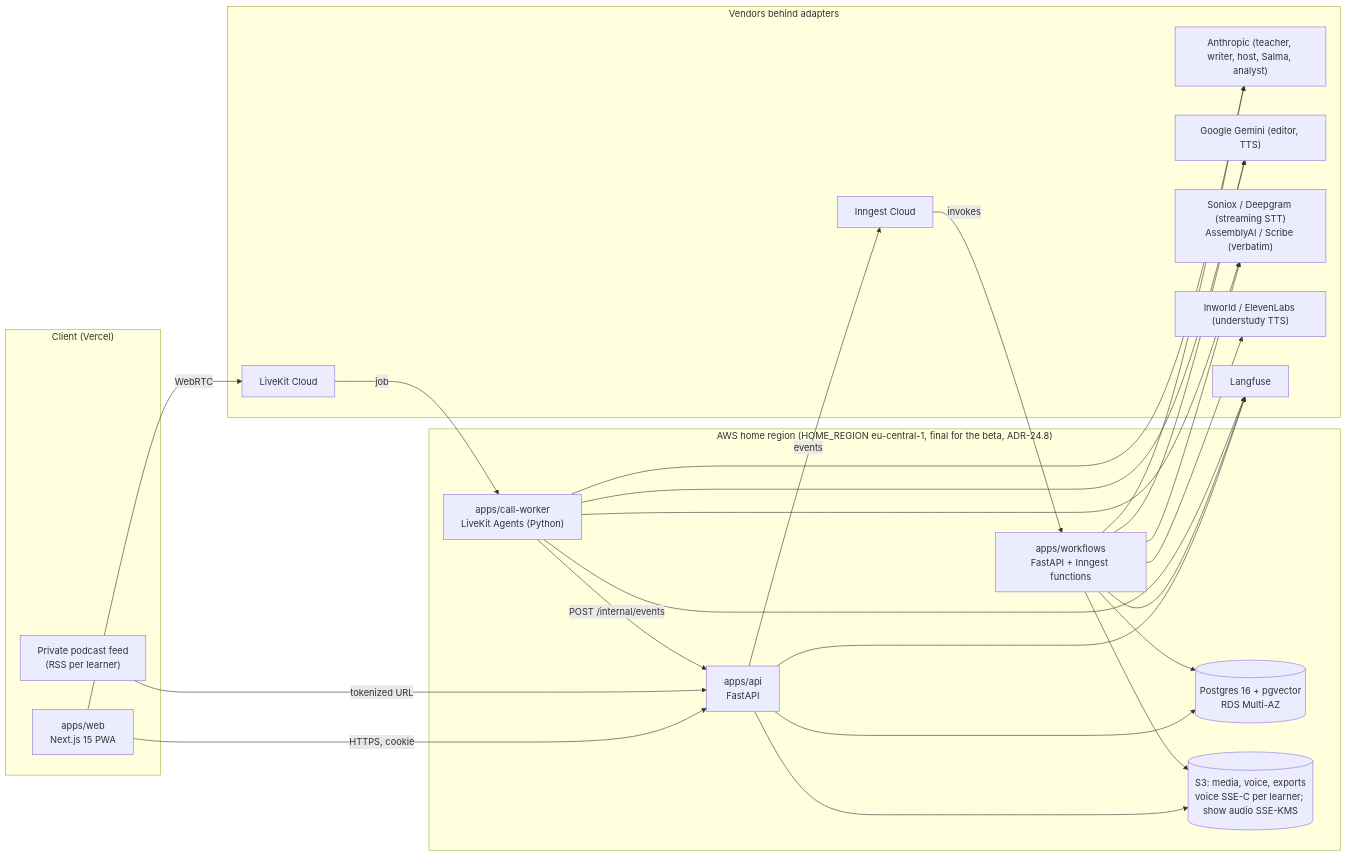
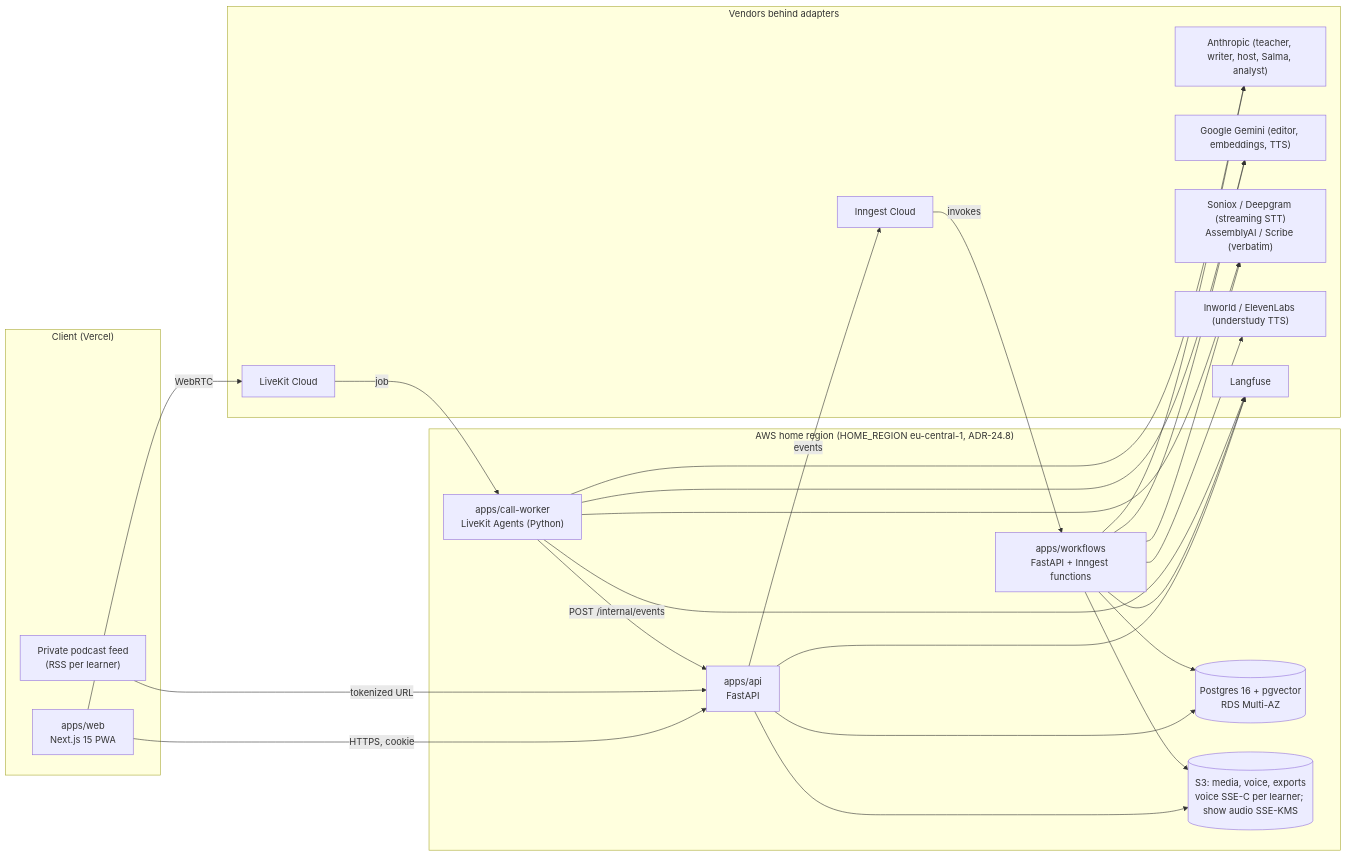
Before and after one commit to Muath-8/For-one: the first of 3 diagrams in technical-design/00-overview.md, drawn with Mermaid. The commit also changed other lines of this file and 107 other files, not shown here.

First line of the commit message:
Apply ADR-25: AI-agent build, no dates, no lawyer, web only, no pilot or beta

````diff
--- a/technical-design/00-overview.md
+++ b/technical-design/00-overview.md
@@ -29,44 +29,44 @@
 ```mermaid
 flowchart LR
   subgraph Client["Client (Vercel)"]
     web["apps/web<br/>Next.js 15 PWA"]
     feed["Private podcast feed<br/>(RSS per learner)"]
   end
-  subgraph Edge["AWS home region (HOME_REGION eu-central-1, final for the beta, ADR-24.8)"]
+  subgraph Edge["AWS home region (HOME_REGION eu-central-1, ADR-24.8)"]
     api["apps/api<br/>FastAPI"]
     wf["apps/workflows<br/>FastAPI + Inngest functions"]
     cw["apps/call-worker<br/>LiveKit Agents (Python)"]
     pg[("Postgres 16 + pgvector<br/>RDS Multi-AZ")]
     s3[("S3: media, voice, exports<br/>voice SSE-C per learner; show audio SSE-KMS")]
   end
   subgraph Vendors["Vendors behind adapters"]
     llm["Anthropic (teacher, writer, host, Salma, analyst)"]
-    gem["Google Gemini (editor, TTS)"]
+    gem["Google Gemini (editor, embeddings, TTS)"]
     stt["Soniox / Deepgram (streaming STT)<br/>AssemblyAI / Scribe (verbatim)"]
     tts2["Inworld / ElevenLabs (understudy TTS)"]
     lk["LiveKit Cloud"]
     inn["Inngest Cloud"]
     lf["Langfuse"]
   end
   web -->|HTTPS, cookie| api
   web -->|WebRTC| lk
   feed -->|tokenized URL| api
   api --> pg
   api --> s3
   api -->|events| inn
   inn -->|invokes| wf
   wf --> pg
   wf --> s3
   wf --> llm
   wf --> gem
   wf --> stt
   wf --> tts2
   lk -->|job| cw
   cw --> stt
   cw --> llm
   cw --> gem
   cw -->|POST /internal/events| api
   api --> lf
   wf --> lf
   cw --> lf
 ```
````
